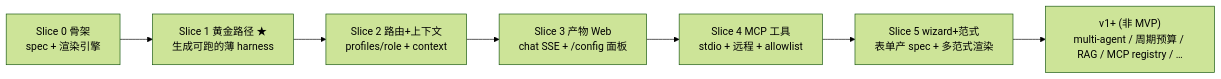
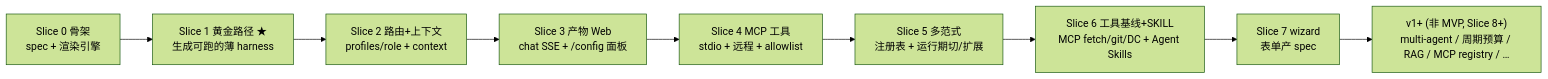
The diagram in docs/02-development/00-overview.md (EpisodeYu/HarnessSmith), drawn with Mermaid (forest theme) before and after one commit. The commit also changed other lines of this file and 21 other files, not shown here.

````diff
--- a/docs/02-development/00-overview.md
+++ b/docs/02-development/00-overview.md
@@ -25,9 +25,11 @@
 ```mermaid
 graph LR
     S0["Slice 0 骨架<br/>spec + 渲染引擎"] --> S1["Slice 1 黄金路径 ★<br/>生成可跑的薄 harness"]
     S1 --> S2["Slice 2 路由+上下文<br/>profiles/role + context"]
     S2 --> S3["Slice 3 产物 Web<br/>chat SSE + /config 面板"]
     S3 --> S4["Slice 4 MCP 工具<br/>stdio + 远程 + allowlist"]
-    S4 --> S5["Slice 5 wizard+范式<br/>表单产 spec + 多范式渲染"]
-    S5 --> V["v1+ (非 MVP)<br/>multi-agent / 周期预算 / RAG / MCP registry / …"]
+    S4 --> S5["Slice 5 多范式<br/>注册表 + 运行期切/扩展"]
+    S5 --> S6["Slice 6 工具基线+SKILL<br/>MCP fetch/git/DC + Agent Skills"]
+    S6 --> S7["Slice 7 wizard<br/>表单产 spec"]
+    S7 --> V["v1+ (非 MVP, Slice 8+)<br/>multi-agent / 周期预算 / RAG / MCP registry / …"]
 ```
````
